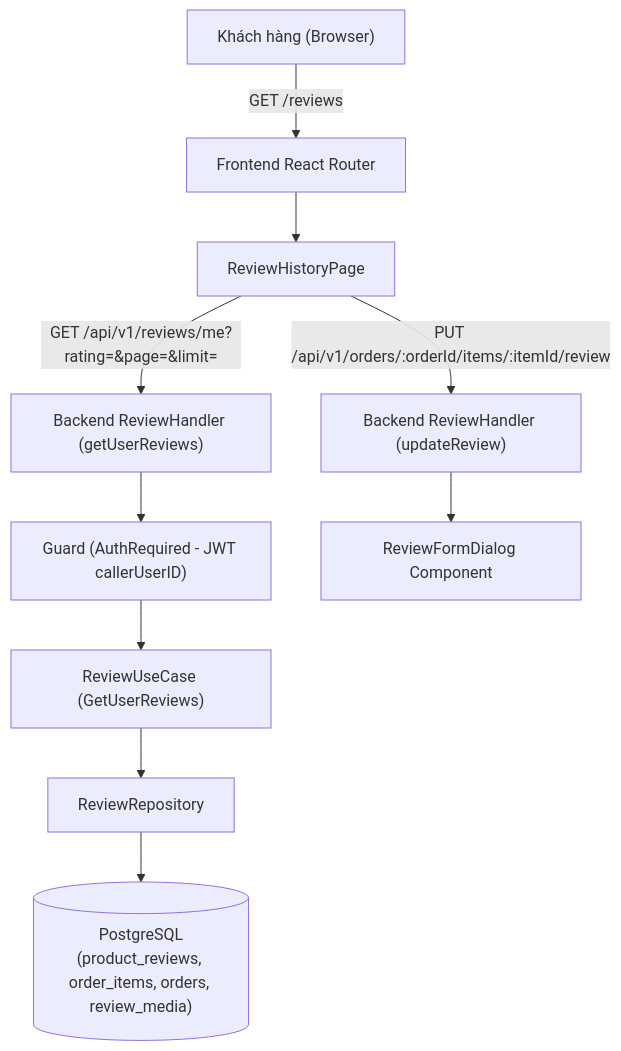
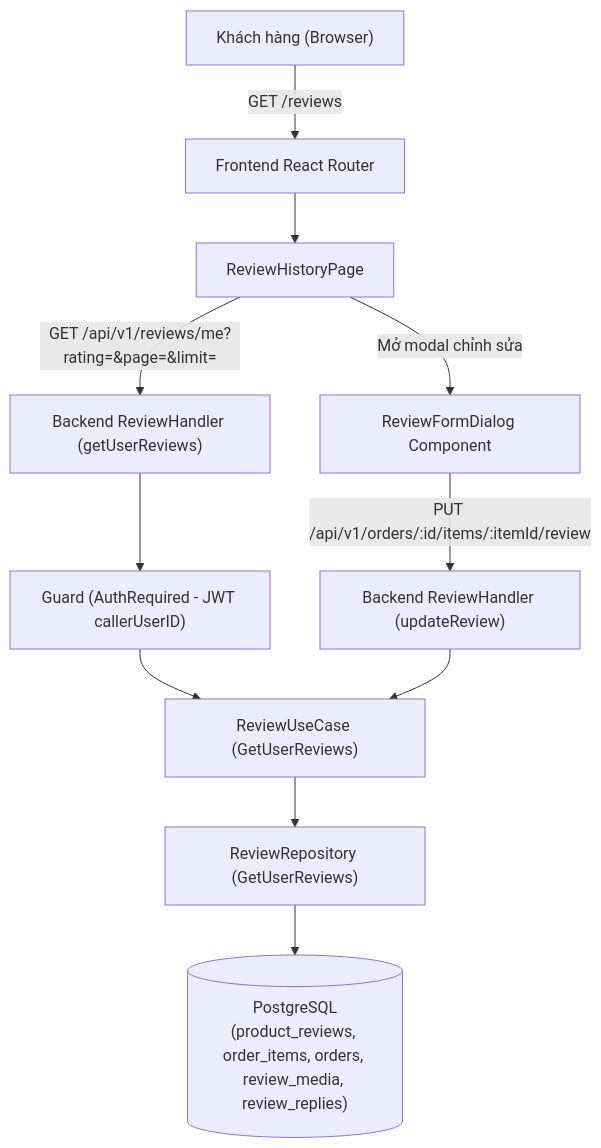
The diagram in .dream/specs/review-history/design.md (tuoitho/commerce-app), drawn with Mermaid before and after one commit. The commit also changed other lines of this file and 48 other files, not shown here.

````diff
--- a/.dream/specs/review-history/design.md
+++ b/.dream/specs/review-history/design.md
@@ -17,13 +17,14 @@
 ```mermaid
 flowchart TD
     User["Khách hàng (Browser)"] -->|GET /reviews| Router["Frontend React Router"]
     Router --> ReviewHistoryPage["ReviewHistoryPage"]
     ReviewHistoryPage -->|GET /api/v1/reviews/me?rating=&page=&limit=| HTTPHandler["Backend ReviewHandler (getUserReviews)"]
     HTTPHandler --> AuthGuard["Guard (AuthRequired - JWT callerUserID)"]
     AuthGuard --> ReviewUC["ReviewUseCase (GetUserReviews)"]
-    ReviewUC --> ReviewRepo["ReviewRepository"]
-    ReviewRepo --> DB[("PostgreSQL\n(product_reviews, order_items, orders, review_media)")]
+    ReviewUC --> ReviewRepo["ReviewRepository (GetUserReviews)"]
+    ReviewRepo --> DB[("PostgreSQL\n(product_reviews, order_items, orders, review_media, review_replies)")]
     
-    ReviewHistoryPage -->|PUT /api/v1/orders/:orderId/items/:itemId/review| EditReviewHandler["Backend ReviewHandler (updateReview)"]
-    EditReviewHandler --> ReviewFormDialog["ReviewFormDialog Component"]
+    ReviewHistoryPage -->|Mở modal chỉnh sửa| ReviewFormDialog["ReviewFormDialog Component"]
+    ReviewFormDialog -->|PUT /api/v1/orders/:id/items/:itemId/review| EditReviewHandler["Backend ReviewHandler (updateReview)"]
+    EditReviewHandler --> ReviewUC
 ```
````
